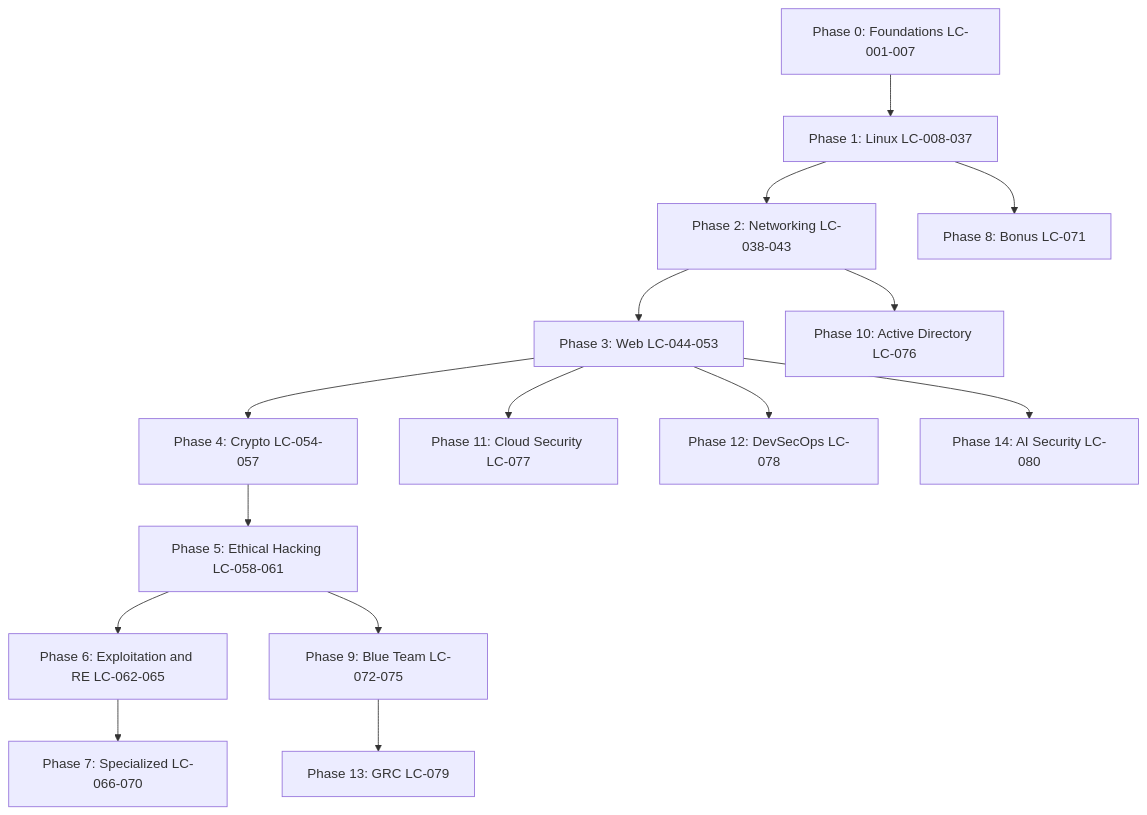
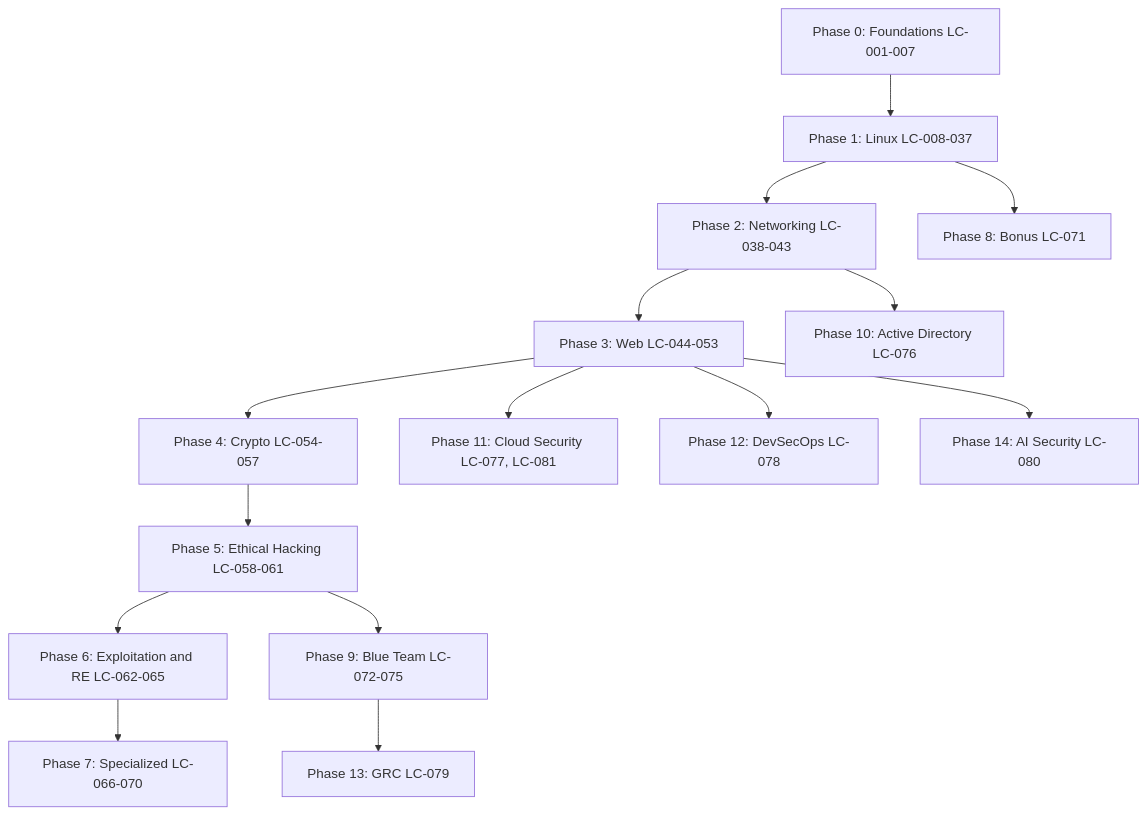
One commit to Kodokthegr3at/Zero2Root changed the diagram in ROADMAP.md. Above: the diagram before and after it, drawn with Mermaid. The commit also changed other lines of this file and 16 other files, not shown here.

Commit message:
Add LC-081 Cloud IAM in Depth (id/en/ja) to Phase 11

````diff
--- a/ROADMAP.md
+++ b/ROADMAP.md
@@ -21,17 +21,17 @@
 ```mermaid
 flowchart TD
     P0[Phase 0: Foundations LC-001-007] --> P1[Phase 1: Linux LC-008-037]
     P1 --> P2[Phase 2: Networking LC-038-043]
     P2 --> P3[Phase 3: Web LC-044-053]
     P3 --> P4[Phase 4: Crypto LC-054-057]
     P4 --> P5[Phase 5: Ethical Hacking LC-058-061]
     P5 --> P6[Phase 6: Exploitation and RE LC-062-065]
     P6 --> P7[Phase 7: Specialized LC-066-070]
     P1 --> P8[Phase 8: Bonus LC-071]
     P5 --> P9[Phase 9: Blue Team LC-072-075]
     P2 --> P10[Phase 10: Active Directory LC-076]
-    P3 --> P11[Phase 11: Cloud Security LC-077]
+    P3 --> P11[Phase 11: Cloud Security LC-077, LC-081]
     P3 --> P12[Phase 12: DevSecOps LC-078]
     P9 --> P13[Phase 13: GRC LC-079]
     P3 --> P14[Phase 14: AI Security LC-080]
 ```
````
